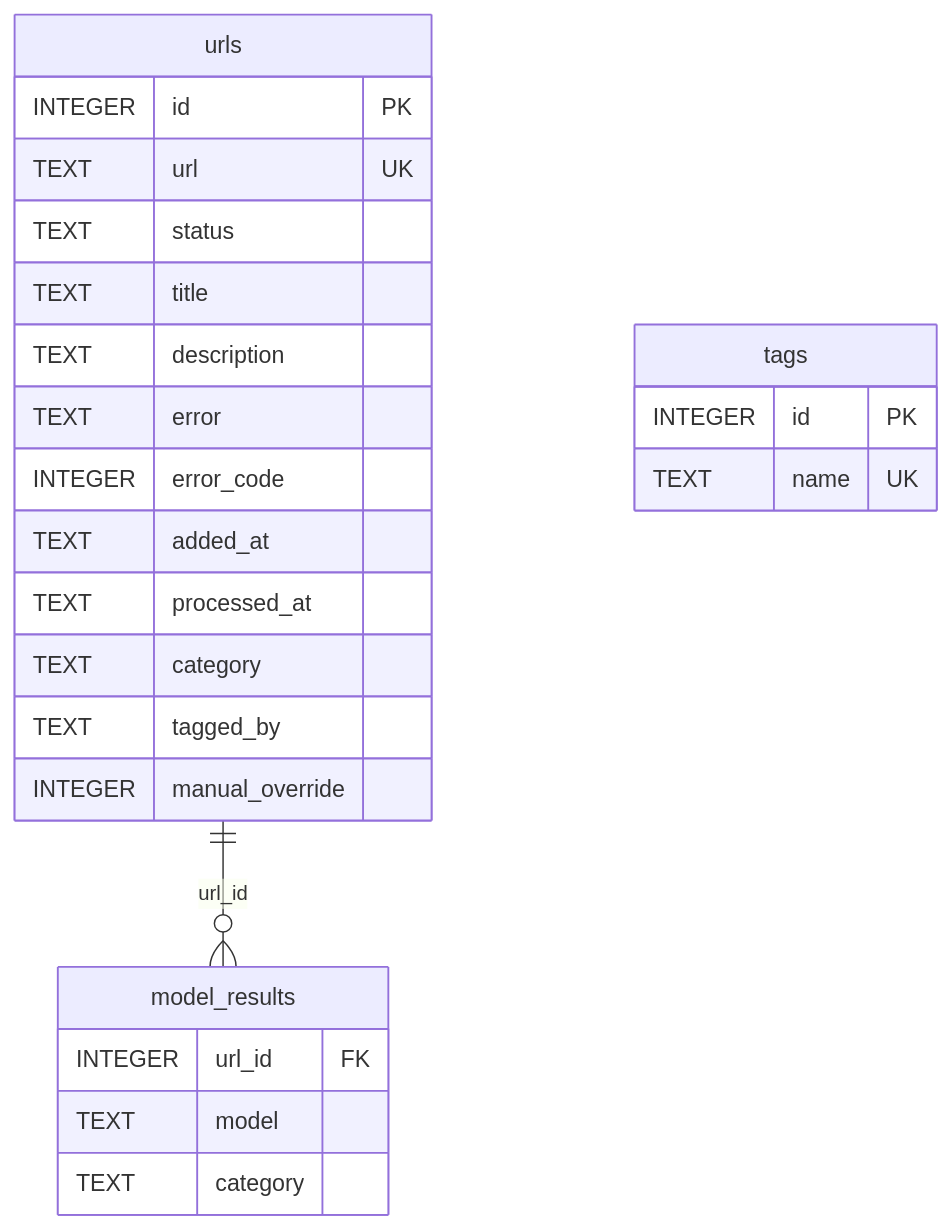
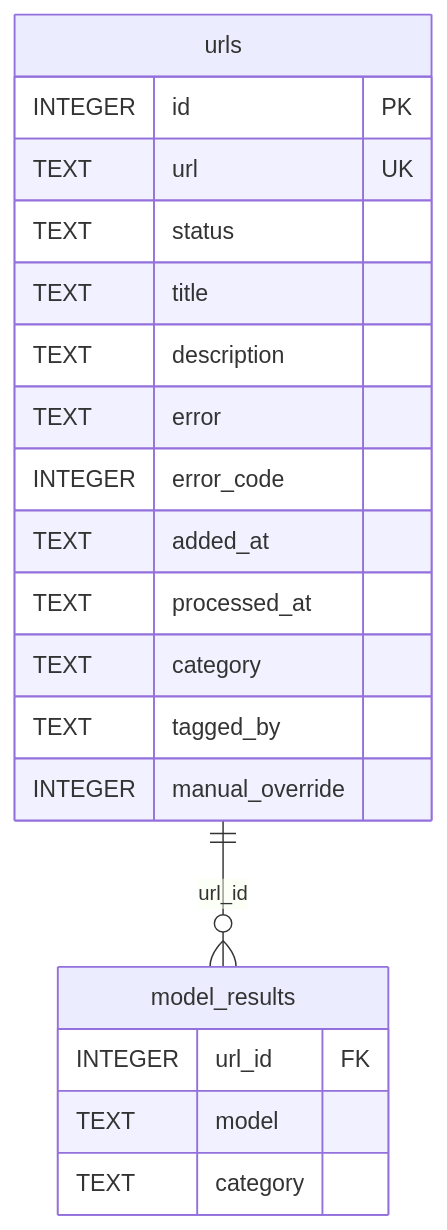
Before and after one commit to ioncat/web-page-classifier: the fourth of 4 diagrams in README.md, drawn with Mermaid. The commit also changed other lines of this file and 6 other files, not shown here.

````diff
--- a/README.md
+++ b/README.md
@@ -554,27 +533,23 @@
 ```mermaid
 erDiagram
     urls {
         INTEGER id PK
         TEXT url UK
         TEXT status
         TEXT title
         TEXT description
         TEXT error
         INTEGER error_code
         TEXT added_at
         TEXT processed_at
         TEXT category
         TEXT tagged_by
         INTEGER manual_override
     }
-    tags {
-        INTEGER id PK
-        TEXT name UK
-    }
     model_results {
         INTEGER url_id FK
         TEXT model
         TEXT category
     }
     urls ||--o{ model_results : "url_id"
 ```
````
